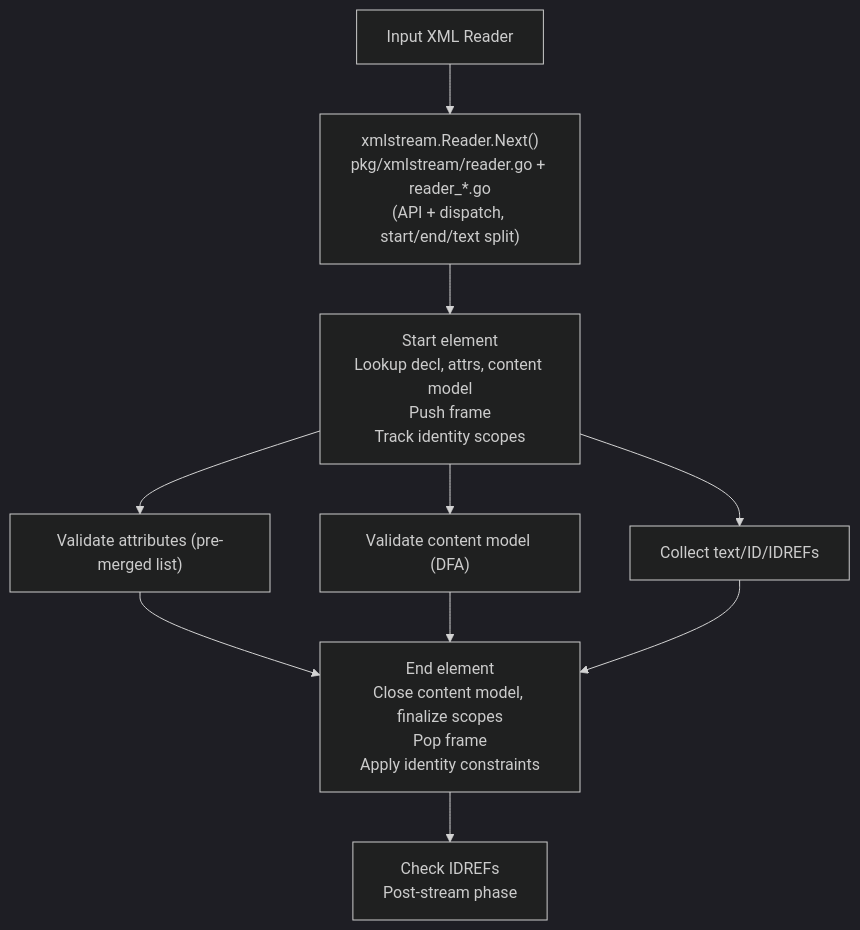
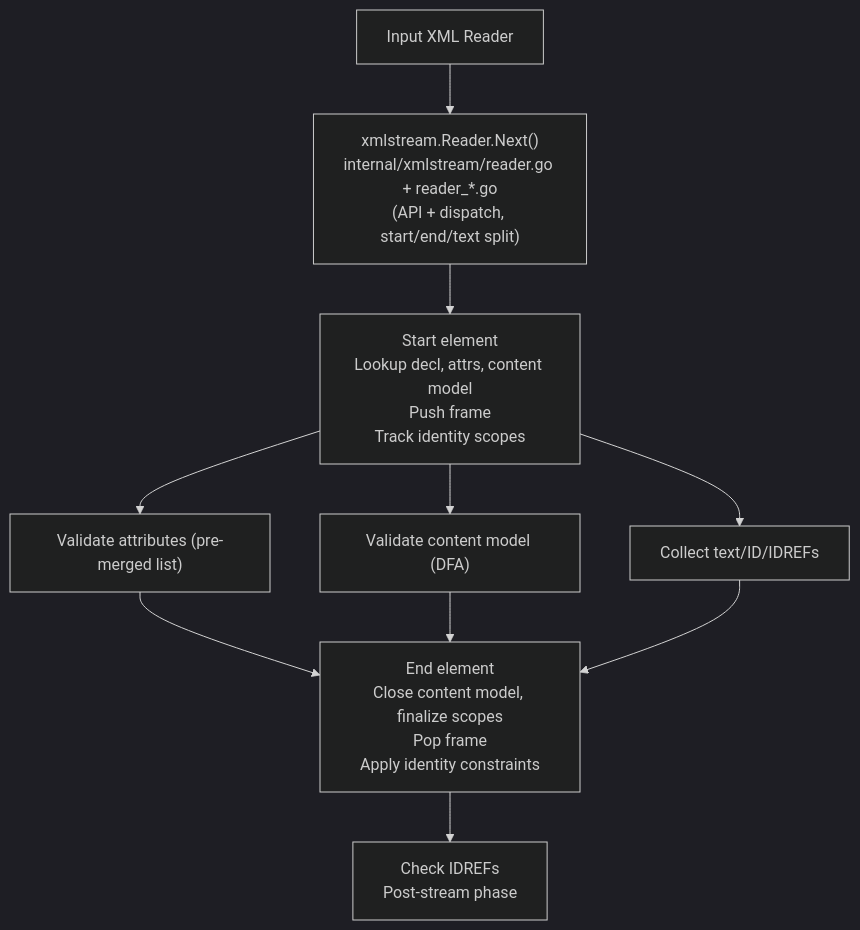
One commit to jacoelho/xsd changed the fourth of 5 diagrams in docs/architecture.md. Above: the diagram before and after it, drawn with Mermaid (dark theme). The commit also changed other lines of this file and 817 other files, not shown here.

First line of the commit message:
Refactor/schema resolution boundaries (#83)

````diff
--- a/docs/architecture.md
+++ b/docs/architecture.md
@@ -224,11 +224,11 @@
 ```mermaid
 flowchart TD
-  Reader["Input XML Reader"] --> Next["xmlstream.Reader.Next()<br/>pkg/xmlstream/reader.go + reader_*.go<br/>(API + dispatch, start/end/text split)"] --> Start["Start element<br/>Lookup decl, attrs, content model<br/>Push frame<br/>Track identity scopes"]
+  Reader["Input XML Reader"] --> Next["xmlstream.Reader.Next()<br/>internal/xmlstream/reader.go + reader_*.go<br/>(API + dispatch, start/end/text split)"] --> Start["Start element<br/>Lookup decl, attrs, content model<br/>Push frame<br/>Track identity scopes"]
   Start --> Attrs["Validate attributes (pre-merged list)"]
   Start --> Content["Validate content model (DFA)"]
   Start --> Collect["Collect text/ID/IDREFs"]
   Attrs --> End["End element<br/>Close content model, finalize scopes<br/>Pop frame<br/>Apply identity constraints"]
   Content --> End
   Collect --> End
   End --> Check["Check IDREFs<br/>Post-stream phase"]
 ```
````
